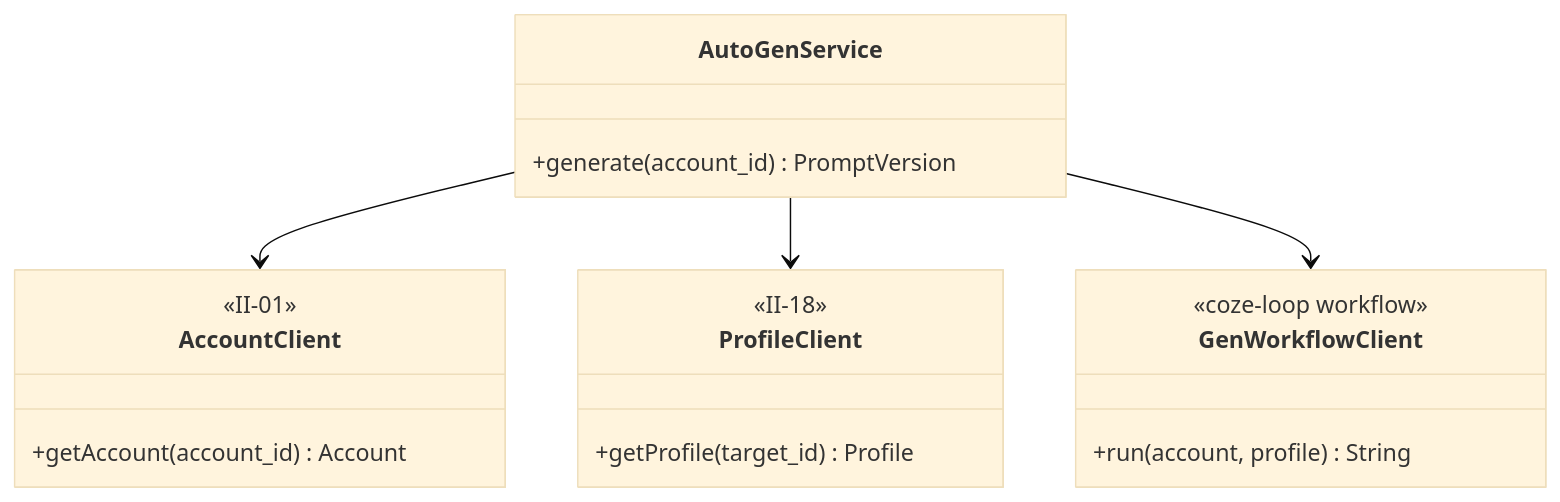
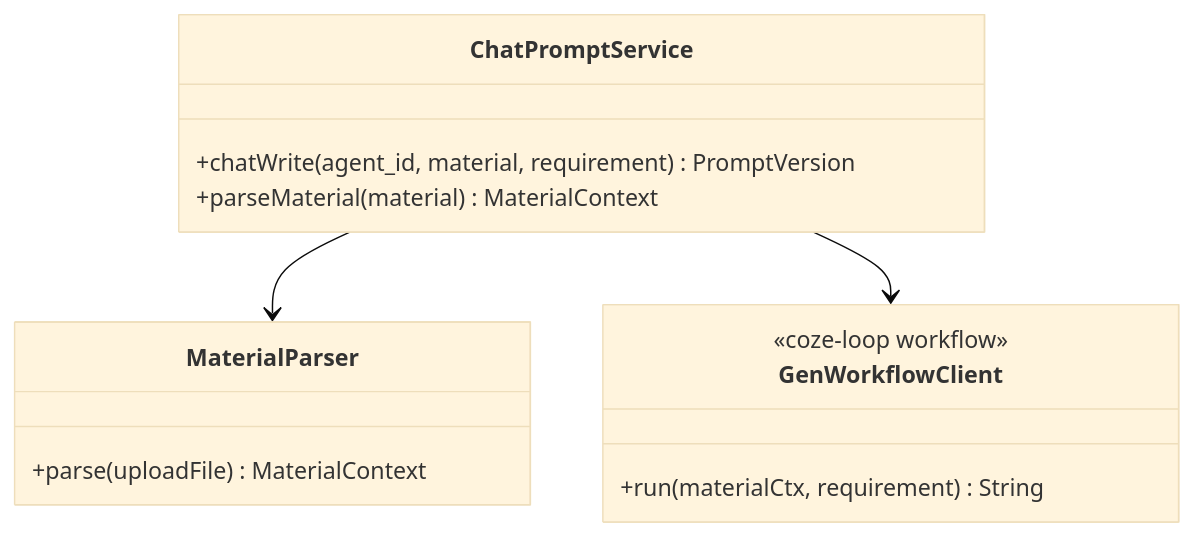
The tenth of 11 diagrams in 公司项目/认知作战/文档/软件详细设计说明-SWM子系统.md (Sj-g/obsidian), drawn with Mermaid (base theme) before and after one commit. The commit also changed other lines of this file and 9 other files, not shown here.

````diff
--- a/公司项目/认知作战/文档/软件详细设计说明-SWM子系统.md
+++ b/公司项目/认知作战/文档/软件详细设计说明-SWM子系统.md
@@ -603,21 +588,16 @@
 ```mermaid
 classDiagram
-    class AutoGenService {
-        +generate(account_id) PromptVersion
+    class ChatPromptService {
+        +chatWrite(agent_id, material, requirement) PromptVersion
+        +parseMaterial(material) MaterialContext
     }
-    class AccountClient {
-        <<II-01>>
-        +getAccount(account_id) Account
-    }
-    class ProfileClient {
-        <<II-18>>
-        +getProfile(target_id) Profile
+    class MaterialParser {
+        +parse(uploadFile) MaterialContext
     }
     class GenWorkflowClient {
         <<coze-loop workflow>>
-        +run(account, profile) String
+        +run(materialCtx, requirement) String
     }
-    AutoGenService --> AccountClient
-    AutoGenService --> ProfileClient
-    AutoGenService --> GenWorkflowClient
+    ChatPromptService --> MaterialParser
+    ChatPromptService --> GenWorkflowClient
 ```
````
